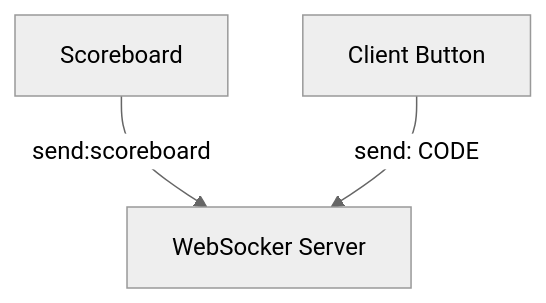
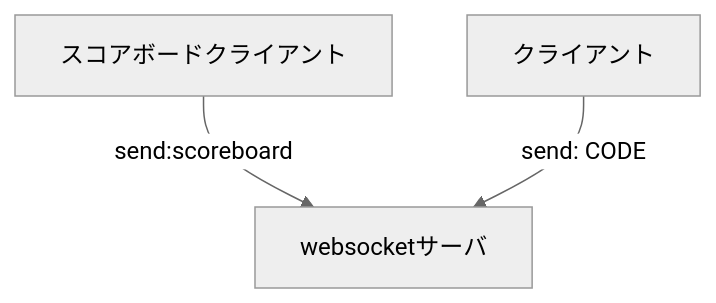
The diagram in README.md (ytnobody/ws-kinchan), drawn with Mermaid (neutral theme) before and after one commit. The commit also changed other lines of this file, not shown here.

````diff
--- a/README.md
+++ b/README.md
@@ -65,6 +80,6 @@
 ```mermaid
 flowchart TD
-    A[Scoreboard] -->|send:scoreboard| B[WebSocker Server]
-    C[Client Button] -->|send: CODE| B
+    A[スコアボードクライアント] -->|send:scoreboard| B[websocketサーバ]
+    C[クライアント] -->|send: CODE| B
 
 ```
````
